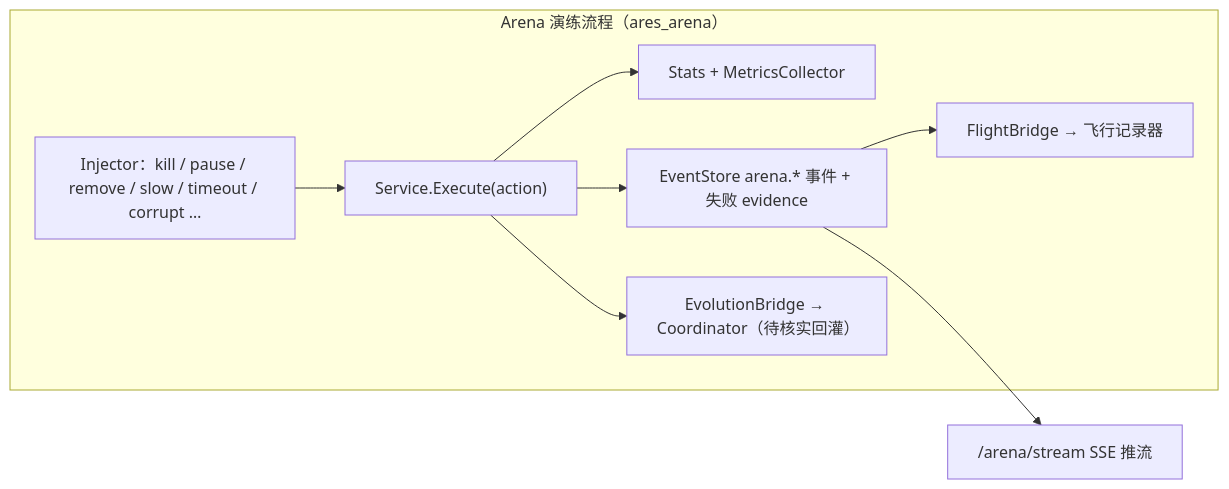
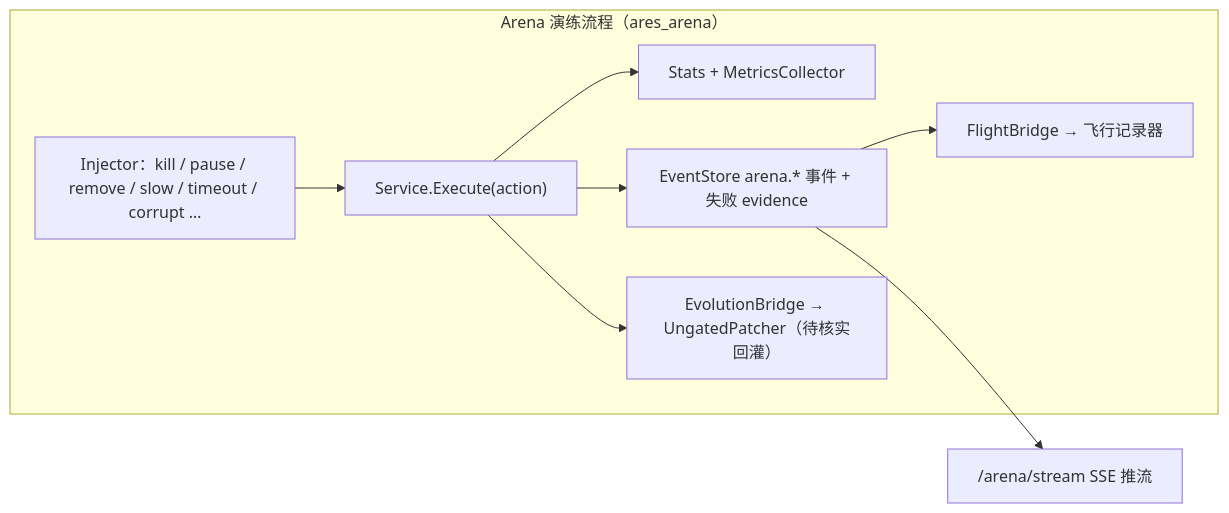
One commit to Timwood0x10/ARES changed the fourth of 4 diagrams in docs/articles/zh/09-arena-fault-injection-deep-dive.md. Above: the diagram before and after it, drawn with Mermaid. The commit also changed other lines of this file and 330 other files, not shown here.

````diff
--- a/docs/articles/zh/09-arena-fault-injection-deep-dive.md
+++ b/docs/articles/zh/09-arena-fault-injection-deep-dive.md
@@ -271,15 +271,15 @@
 ```mermaid
 flowchart LR
     subgraph arena["Arena 演练流程（ares_arena）"]
         IN2["Injector：kill / pause / remove / slow / timeout / corrupt …"]
         SV["Service.Execute(action)"]
         M["Stats + MetricsCollector"]
         EV["EventStore arena.* 事件 + 失败 evidence"]
         FB["FlightBridge → 飞行记录器"]
-        EB["EvolutionBridge → Coordinator（待核实回灌）"]
+        EB["EvolutionBridge → UngatedPatcher（待核实回灌）"]
         IN2 --> SV --> M
         SV --> EV --> FB
         SV --> EB
     end
     EV --> SSE["/arena/stream SSE 推流"]
 ```
````
